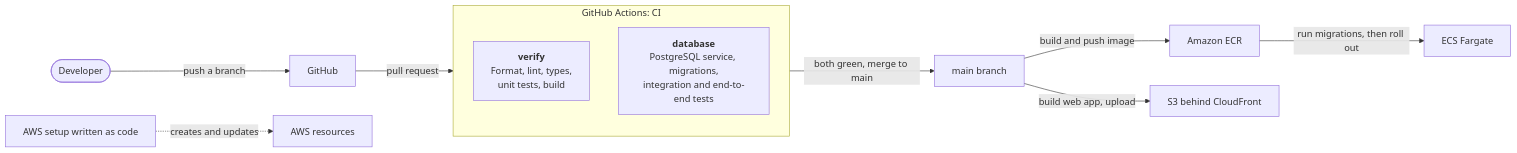
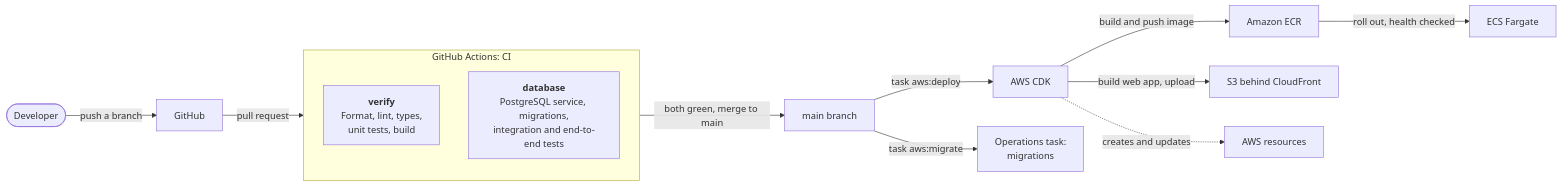
Before and after one commit to Ayush-B99/hierarchyHub: the tenth of 10 diagrams in docs/sas/SAS.md, drawn with Mermaid. The commit also changed other lines of this file and 10 other files, not shown here.

````diff
--- a/docs/sas/SAS.md
+++ b/docs/sas/SAS.md
@@ -411,17 +412,19 @@
 ```mermaid
 flowchart LR
     dev(["Developer"]) -->|"push a branch"| gh["GitHub"]
     gh -->|"pull request"| ci
 
     subgraph ci["GitHub Actions: CI"]
         direction TB
         verify["<b>verify</b><br/>Format, lint, types,<br/>unit tests, build"]
         dbjob["<b>database</b><br/>PostgreSQL service, migrations,<br/>integration and end-to-end tests"]
     end
 
     ci -->|"both green, merge to main"| main["main branch"]
-    main -->|"build and push image"| ecr["Amazon ECR"]
-    ecr -->|"run migrations, then roll out"| ecs["ECS Fargate"]
-    main -->|"build web app, upload"| amp["S3 behind CloudFront"]
-    iac["AWS setup written as code"] -.->|"creates and updates"| aws["AWS resources"]
+    main -->|"task aws:deploy"| cdk["AWS CDK"]
+    cdk -->|"build and push image"| ecr["Amazon ECR"]
+    ecr -->|"roll out, health checked"| ecs["ECS Fargate"]
+    cdk -->|"build web app, upload"| amp["S3 behind CloudFront"]
+    cdk -.->|"creates and updates"| aws["AWS resources"]
+    main -->|"task aws:migrate"| ops["Operations task:<br/>migrations"]
 ```
````
